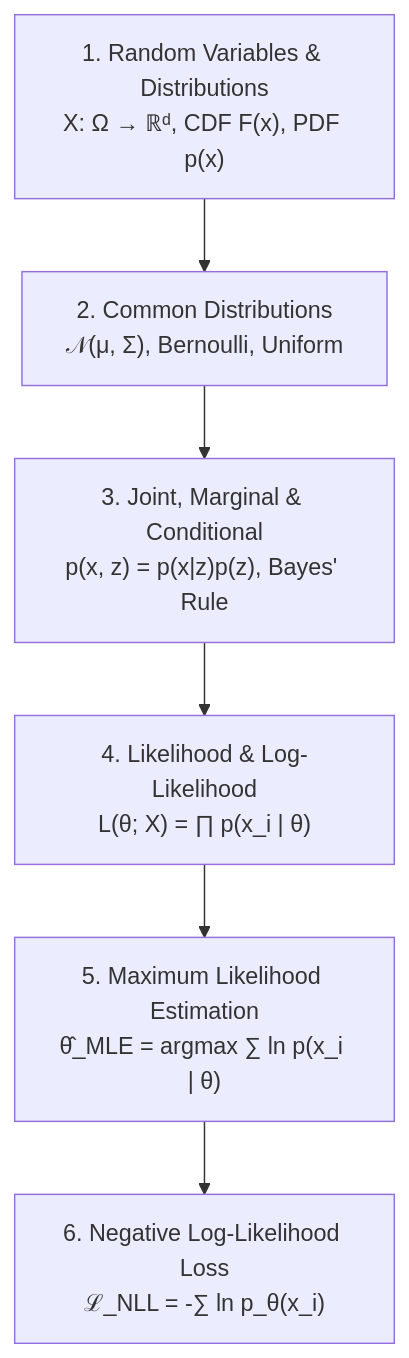
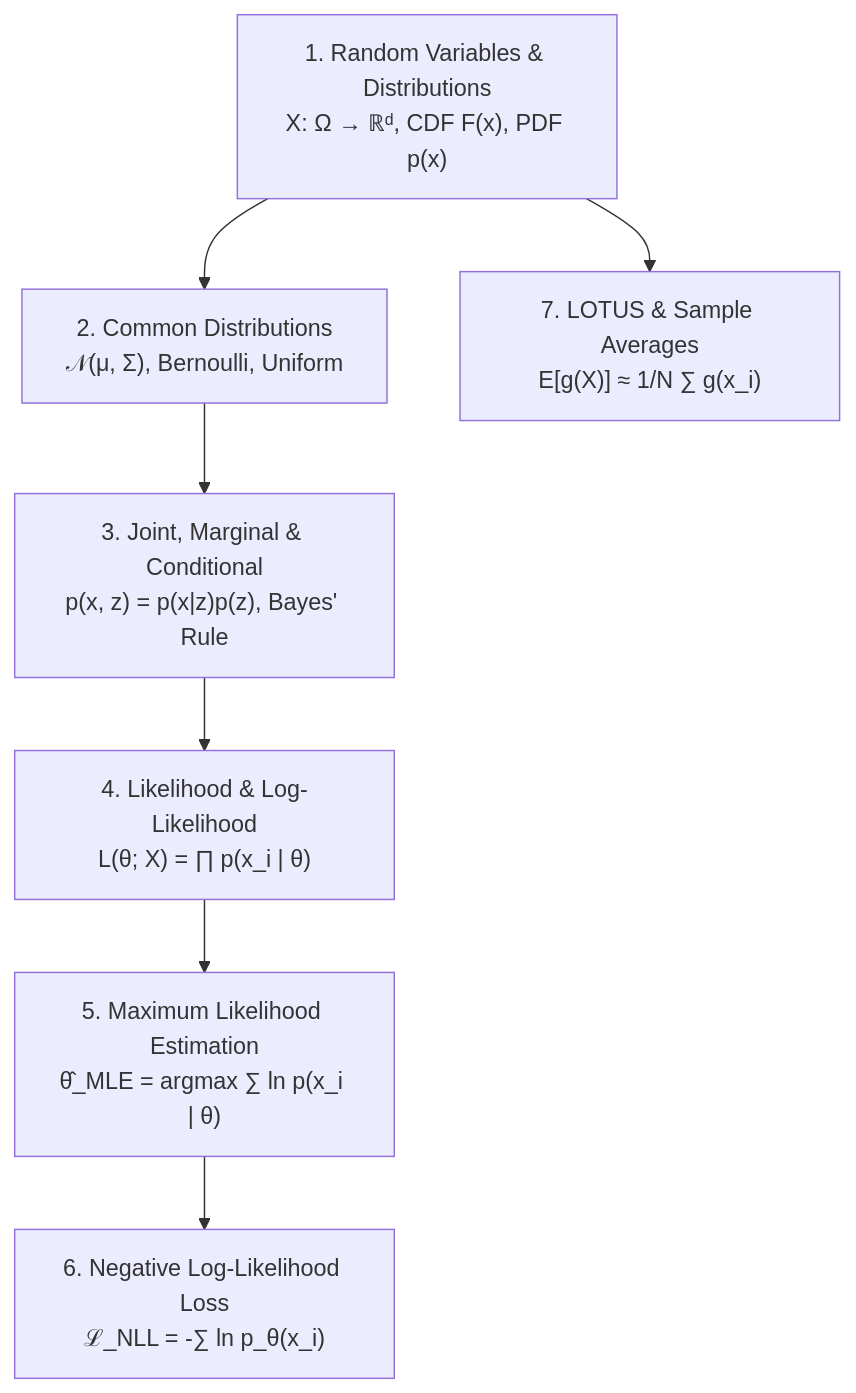
One commit to sivanagaraju/Mathematical-Foundations-of-ML changed the fifth of 11 diagrams in MathsTerms/CONCEPT_MAP.md. Above: the diagram before and after it, drawn with Mermaid. The commit also changed other lines of this file and 227 other files, not shown here.

````diff
--- a/MathsTerms/CONCEPT_MAP.md
+++ b/MathsTerms/CONCEPT_MAP.md
@@ -379,8 +389,9 @@
 ```mermaid
 flowchart TD
     RandVars["1. Random Variables & Distributions<br/>X: Ω → ℝᵈ, CDF F(x), PDF p(x)"] --> Distributions["2. Common Distributions<br/>𝒩(μ, Σ), Bernoulli, Uniform"]
     Distributions --> JointMargCond["3. Joint, Marginal & Conditional<br/>p(x, z) = p(x|z)p(z), Bayes' Rule"]
     JointMargCond --> Likelihood["4. Likelihood & Log-Likelihood<br/>L(θ; X) = ∏ p(x_i | θ)"]
     Likelihood --> MLE["5. Maximum Likelihood Estimation<br/>θ̂_MLE = argmax ∑ ln p(x_i | θ)"]
     MLE --> NLL["6. Negative Log-Likelihood Loss<br/>ℒ_NLL = -∑ ln p_θ(x_i)"]
+    RandVars --> LOTUS["7. LOTUS & Sample Averages<br/>E[g(X)] ≈ 1/N ∑ g(x_i)"]
 ```
````
